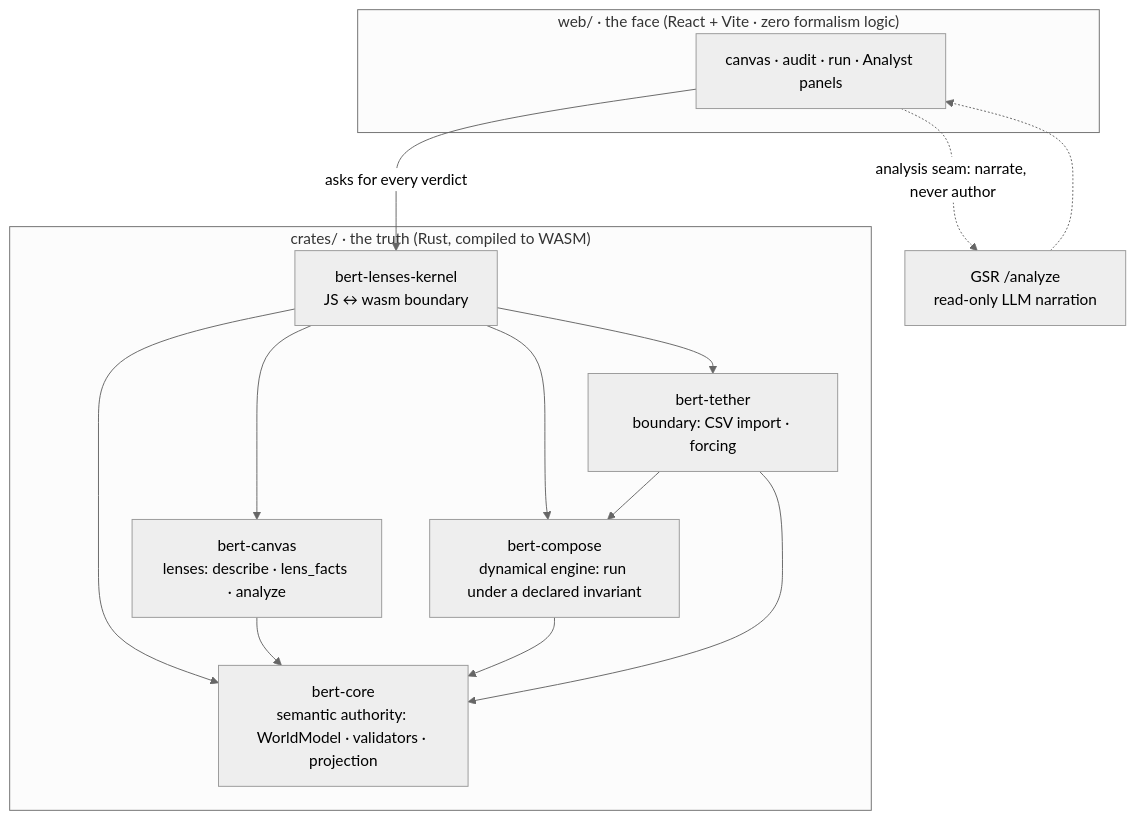
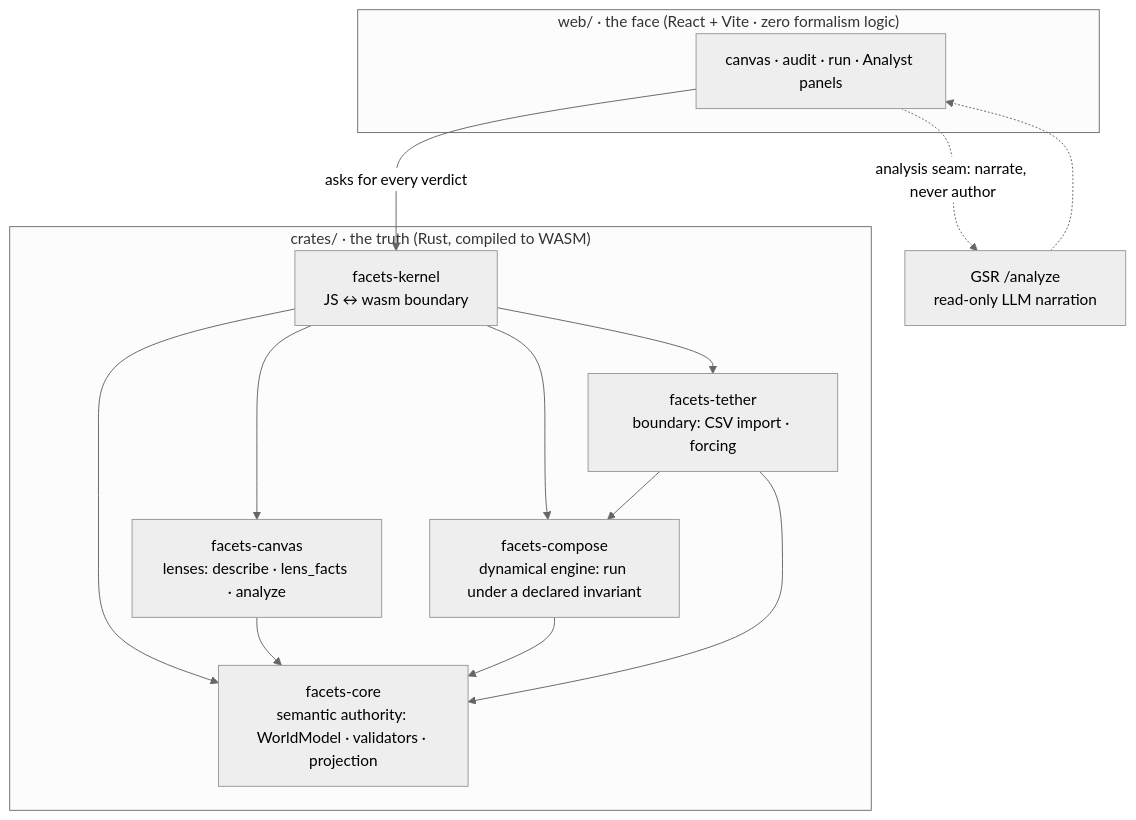
The diagram in README.md (halcyonic-systems/facets), drawn with Mermaid (neutral theme) before and after one commit. The commit also changed other lines of this file and 106 other files, not shown here.

````diff
--- a/README.md
+++ b/README.md
@@ -241,21 +241,21 @@
 ```mermaid
 flowchart TB
     subgraph FACE["web/ · the face (React + Vite · zero formalism logic)"]
         UI["canvas · audit · run · Analyst panels"]
     end
     subgraph TRUTH["crates/ · the truth (Rust, compiled to WASM)"]
-        KERNEL["bert-lenses-kernel<br/>JS ↔ wasm boundary"]
-        CANVAS["bert-canvas<br/>lenses: describe · lens_facts · analyze"]
-        COMPOSE["bert-compose<br/>dynamical engine: run under a declared invariant"]
-        TETHER["bert-tether<br/>boundary: CSV import · forcing"]
-        CORE["bert-core<br/>semantic authority: WorldModel · validators · projection"]
+        KERNEL["facets-kernel<br/>JS ↔ wasm boundary"]
+        CANVAS["facets-canvas<br/>lenses: describe · lens_facts · analyze"]
+        COMPOSE["facets-compose<br/>dynamical engine: run under a declared invariant"]
+        TETHER["facets-tether<br/>boundary: CSV import · forcing"]
+        CORE["facets-core<br/>semantic authority: WorldModel · validators · projection"]
     end
     GSR["GSR /analyze<br/>read-only LLM narration"]
     UI -->|asks for every verdict| KERNEL
     KERNEL --> CANVAS & COMPOSE & TETHER & CORE
     CANVAS --> CORE
     COMPOSE --> CORE
     TETHER --> COMPOSE & CORE
     UI -.->|analysis seam: narrate, never author| GSR
     GSR -.-> UI
 ```
````
